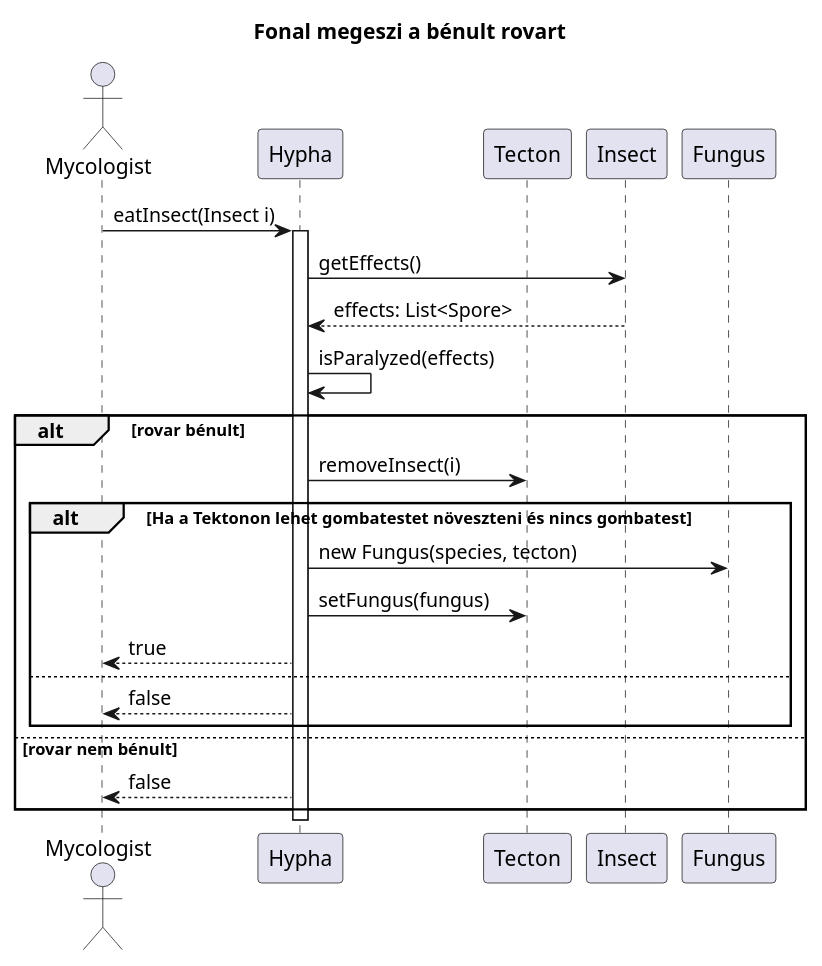
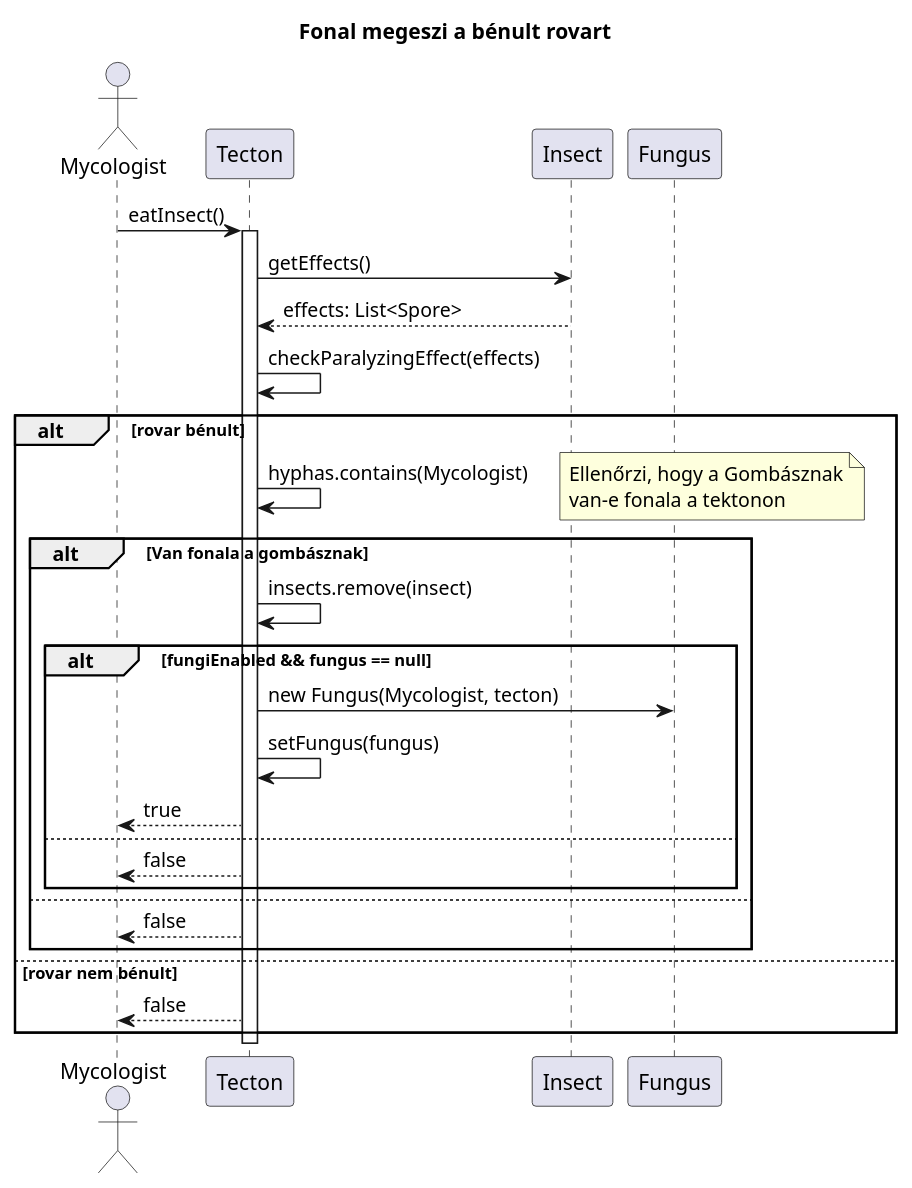
The diagram in docs/Sequence/Fonal-Rovarteszik.plantuml (hujberhunor/SzomiSztegoProjlab), drawn with PlantUML before and after one commit. The commit also changed 6 other files, not shown here.

```diff
--- a/docs/Sequence/Fonal-Rovarteszik.plantuml
+++ b/docs/Sequence/Fonal-Rovarteszik.plantuml
@@ -1,35 +1,41 @@
 @startuml HyphaEatsInsect
 
 title Fonal megeszi a bénult rovart
 
 actor Mycologist
-participant Hypha
 participant Tecton
 participant Insect
 participant Fungus
 
-Mycologist -> Hypha: eatInsect(Insect i)
-activate Hypha
+Mycologist -> Tecton: eatInsect()
+activate Tecton
 
-Hypha -> Insect: getEffects()
-Insect --> Hypha: effects: List<Spore>
+Tecton -> Insect: getEffects()
+Insect --> Tecton: effects: List<Spore>
 
-Hypha -> Hypha: isParalyzed(effects)
+Tecton -> Tecton: checkParalyzingEffect(effects)
 
 alt rovar bénult
-    Hypha -> Tecton: removeInsect(i)
+    Tecton -> Tecton: hyphas.contains(Mycologist)
+    note right: Ellenőrzi, hogy a Gombásznak\nvan-e fonala a tektonon
     
-    alt Ha a Tektonon lehet gombatestet növeszteni és nincs gombatest
-        Hypha -> Fungus: new Fungus(species, tecton)
-        Hypha -> Tecton: setFungus(fungus)
-        Hypha --> Mycologist: true
+    alt Van fonala a gombásznak
+        Tecton -> Tecton: insects.remove(insect)
+        
+        alt fungiEnabled && fungus == null
+            Tecton -> Fungus: new Fungus(Mycologist, tecton)
+            Tecton -> Tecton: setFungus(fungus)
+            Tecton --> Mycologist: true
+        else
+            Tecton --> Mycologist: false
+        end
     else
-        Hypha --> Mycologist: false
+        Tecton --> Mycologist: false
     end
 else rovar nem bénult
-    Hypha --> Mycologist: false
+    Tecton --> Mycologist: false
 end
 
-deactivate Hypha
+deactivate Tecton
 
 @enduml
```
